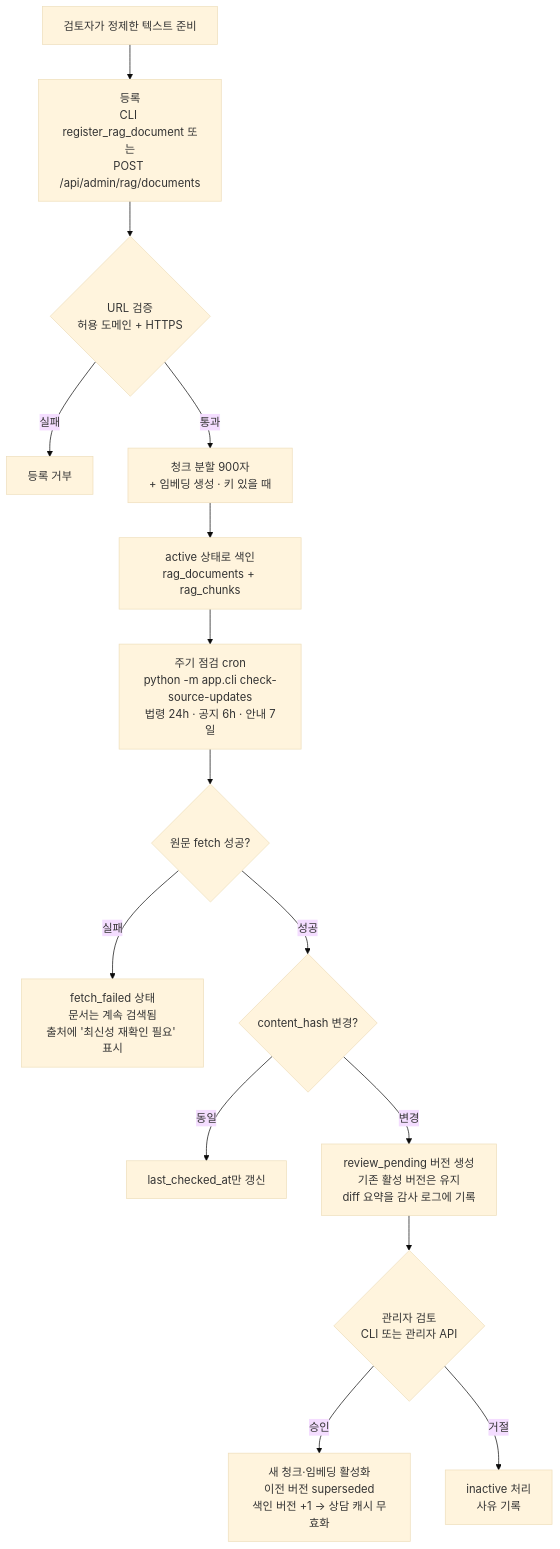
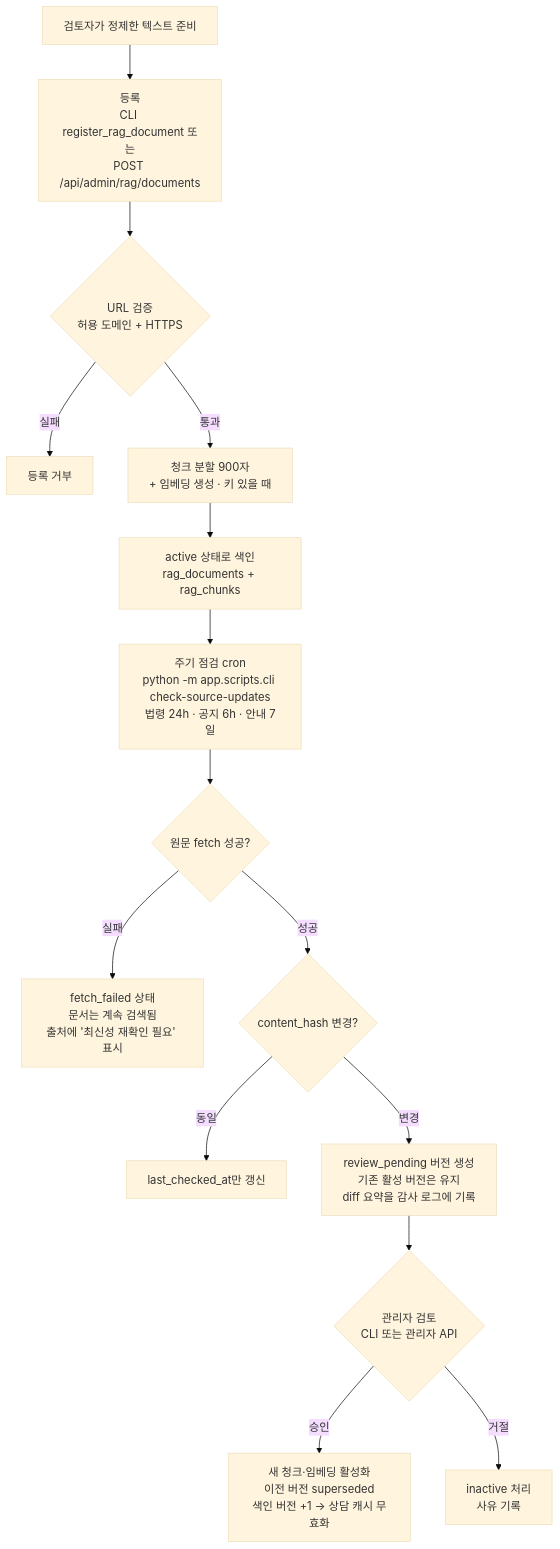
The second of 3 diagrams in docs/PROCESS.md (05solar/jbig), drawn with Mermaid (base theme) before and after one commit. The commit also changed other lines of this file and 79 other files, not shown here.

First line of the commit message:
refactor: backend/app 기능별 패키지 재구성 (core/data/chat/documents/retrieval/infra/scripts)

````diff
--- a/docs/PROCESS.md
+++ b/docs/PROCESS.md
@@ -62,19 +62,19 @@
 ```mermaid
 flowchart TD
     A[검토자가 정제한 텍스트 준비] --> B[등록<br/>CLI register_rag_document 또는<br/>POST /api/admin/rag/documents]
     B --> C{URL 검증<br/>허용 도메인 + HTTPS}
     C -- 실패 --> C1[등록 거부]
     C -- 통과 --> D[청크 분할 900자<br/>+ 임베딩 생성 · 키 있을 때]
     D --> E[active 상태로 색인<br/>rag_documents + rag_chunks]
 
-    E --> F[주기 점검 cron<br/>python -m app.cli check-source-updates<br/>법령 24h · 공지 6h · 안내 7일]
+    E --> F[주기 점검 cron<br/>python -m app.scripts.cli check-source-updates<br/>법령 24h · 공지 6h · 안내 7일]
     F --> G{원문 fetch 성공?}
     G -- 실패 --> G1[fetch_failed 상태<br/>문서는 계속 검색됨<br/>출처에 '최신성 재확인 필요' 표시]
     G -- 성공 --> H{content_hash 변경?}
     H -- 동일 --> H1[last_checked_at만 갱신]
     H -- 변경 --> I[review_pending 버전 생성<br/>기존 활성 버전은 유지<br/>diff 요약을 감사 로그에 기록]
 
     I --> J{관리자 검토<br/>CLI 또는 관리자 API}
     J -- 승인 --> K[새 청크·임베딩 활성화<br/>이전 버전 superseded<br/>색인 버전 +1 → 상담 캐시 무효화]
     J -- 거절 --> L[inactive 처리<br/>사유 기록]
 ```
````
